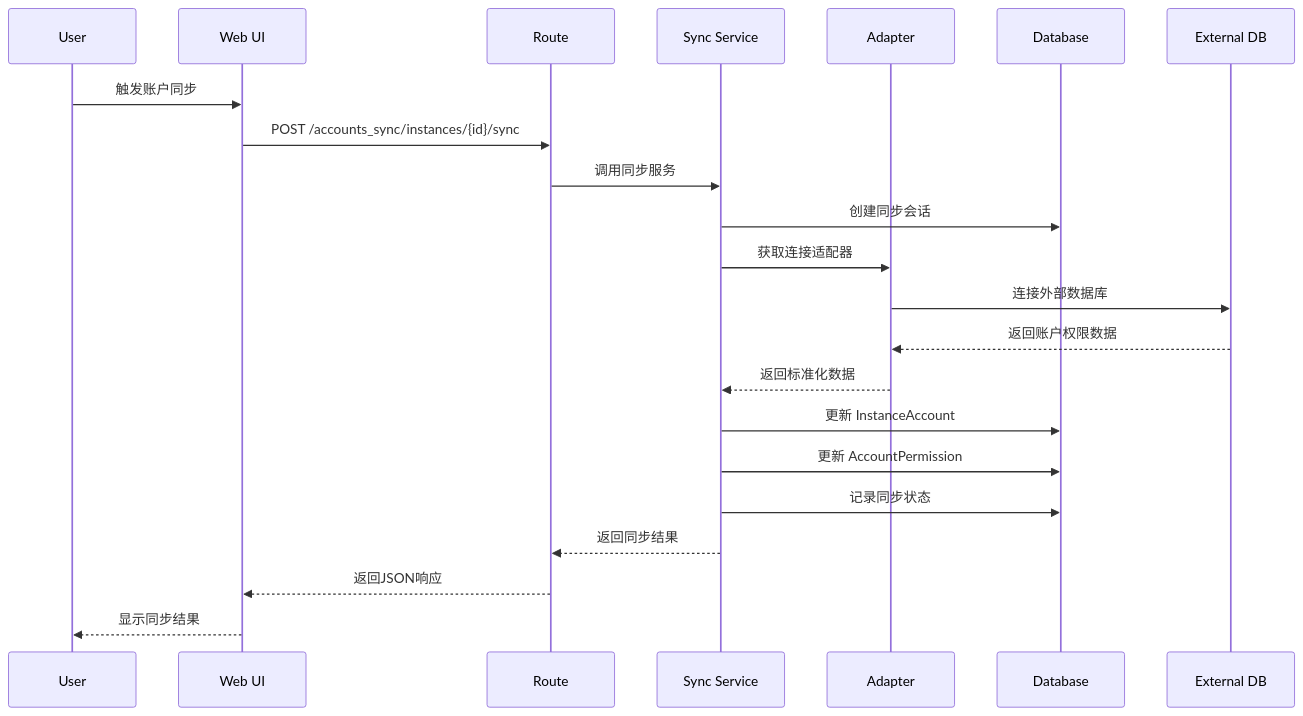
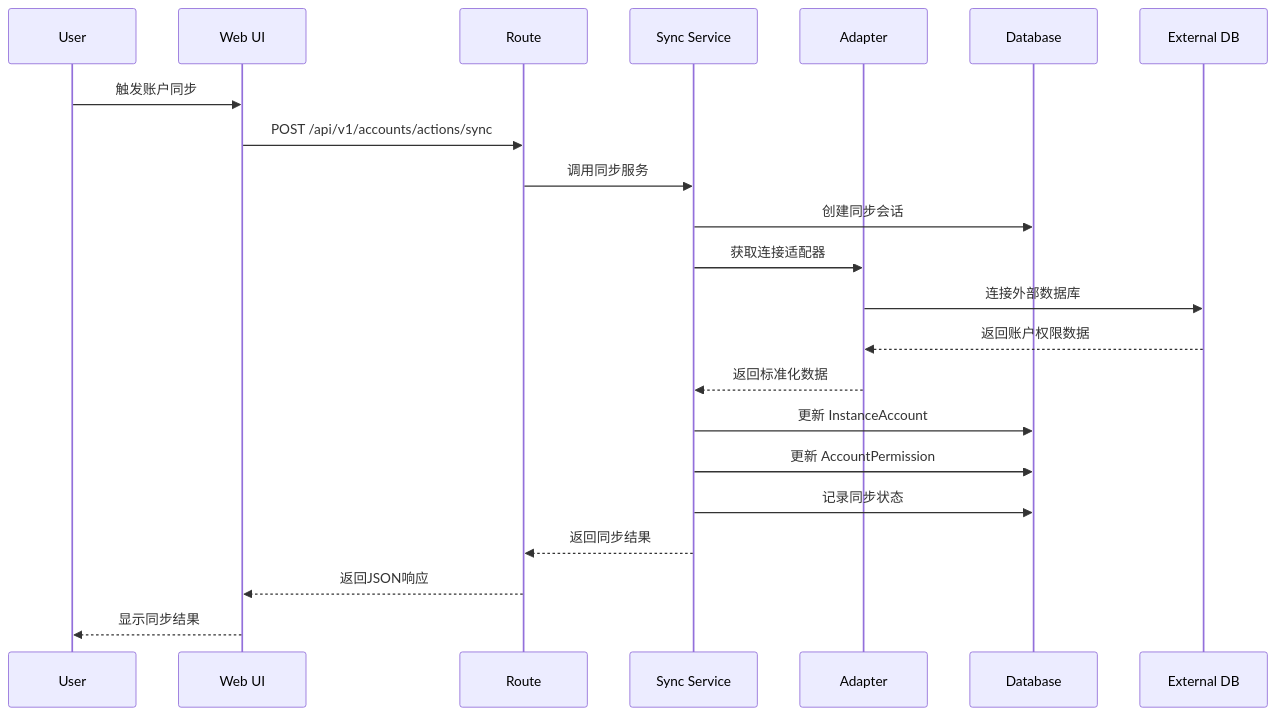
One commit to nyealovey/WhaleFall changed the fourth of 11 diagrams in docs/architecture/spec.md. Above: the diagram before and after it, drawn with Mermaid. The commit also changed other lines of this file and 10 other files, not shown here.

````diff
--- a/docs/architecture/spec.md
+++ b/docs/architecture/spec.md
@@ -420,25 +420,25 @@
 ```mermaid
 sequenceDiagram
     participant U as User
     participant W as Web UI
     participant R as Route
     participant S as Sync Service
     participant A as Adapter
     participant D as Database
     participant E as External DB
 
     U->>W: 触发账户同步
-    W->>R: POST /accounts_sync/instances/{id}/sync
+    W->>R: POST /api/v1/accounts/actions/sync
     R->>S: 调用同步服务
     S->>D: 创建同步会话
     S->>A: 获取连接适配器
     A->>E: 连接外部数据库
     E-->>A: 返回账户权限数据
     A-->>S: 返回标准化数据
     S->>D: 更新 InstanceAccount
     S->>D: 更新 AccountPermission
     S->>D: 记录同步状态
     S-->>R: 返回同步结果
     R-->>W: 返回JSON响应
     W-->>U: 显示同步结果
 ```
````
